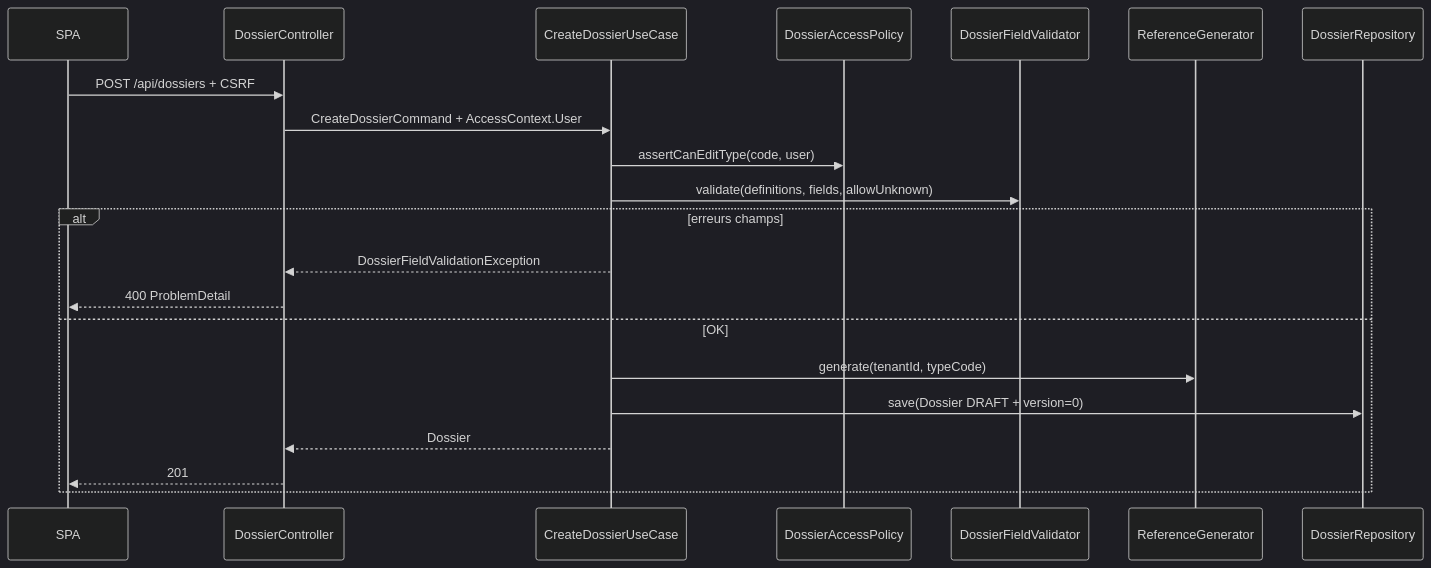
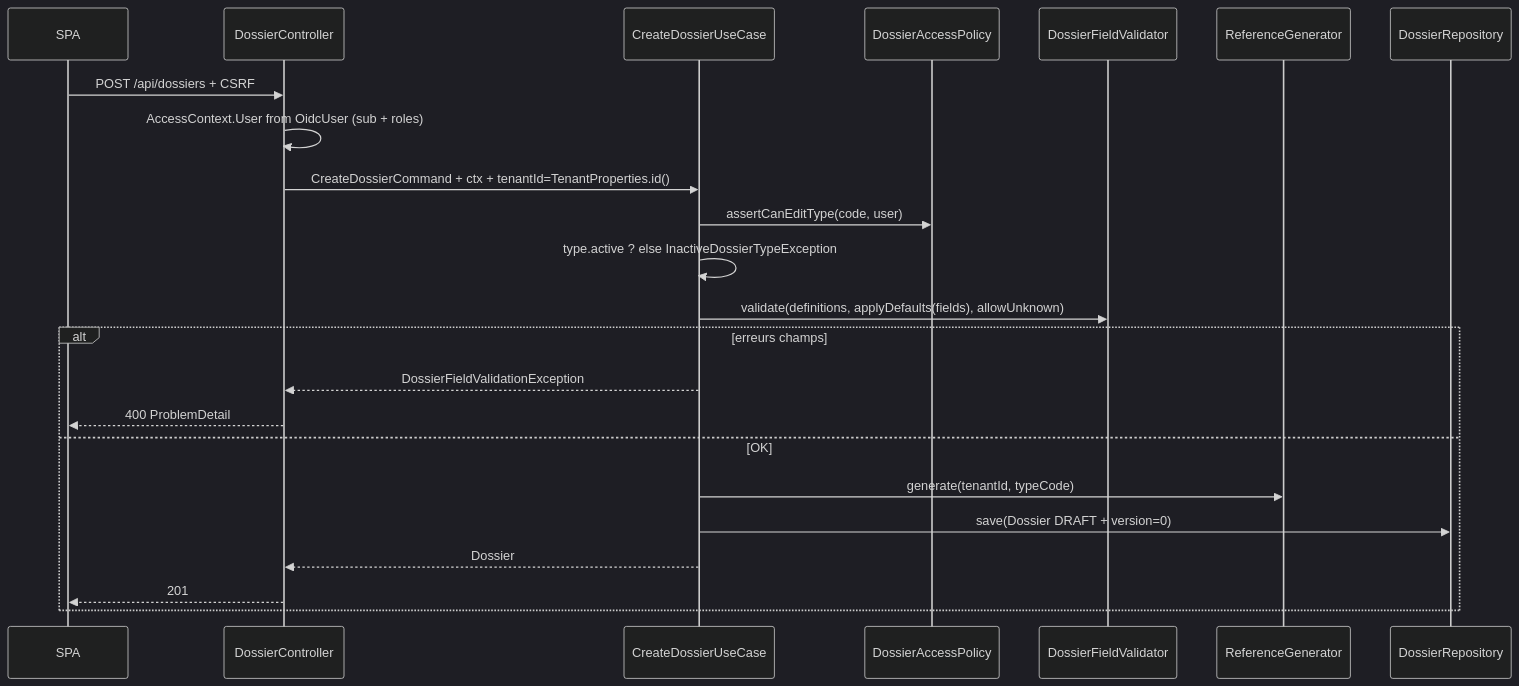
One commit to superjojo79/Myrmacta changed the second of 3 diagrams in docs/ai/design/2026-07-31-feature-dossiers.md. Above: the diagram before and after it, drawn with Mermaid (dark theme). The commit also changed other lines of this file and 1 other file, not shown here.

````diff
--- a/docs/ai/design/2026-07-31-feature-dossiers.md
+++ b/docs/ai/design/2026-07-31-feature-dossiers.md
@@ -49,24 +49,26 @@
 ```mermaid
 sequenceDiagram
   participant SPA as SPA
   participant API as DossierController
   participant UC as CreateDossierUseCase
   participant POL as DossierAccessPolicy
   participant VAL as DossierFieldValidator
   participant REF as ReferenceGenerator
   participant REPO as DossierRepository
 
   SPA->>API: POST /api/dossiers + CSRF
-  API->>UC: CreateDossierCommand + AccessContext.User
+  API->>API: AccessContext.User from OidcUser (sub + roles)
+  API->>UC: CreateDossierCommand + ctx + tenantId=TenantProperties.id()
   UC->>POL: assertCanEditType(code, user)
-  UC->>VAL: validate(definitions, fields, allowUnknown)
+  UC->>UC: type.active ? else InactiveDossierTypeException
+  UC->>VAL: validate(definitions, applyDefaults(fields), allowUnknown)
   alt erreurs champs
     UC-->>API: DossierFieldValidationException
     API-->>SPA: 400 ProblemDetail
   else OK
     UC->>REF: generate(tenantId, typeCode)
     UC->>REPO: save(Dossier DRAFT + version=0)
     UC-->>API: Dossier
     API-->>SPA: 201
   end
 ```
````
